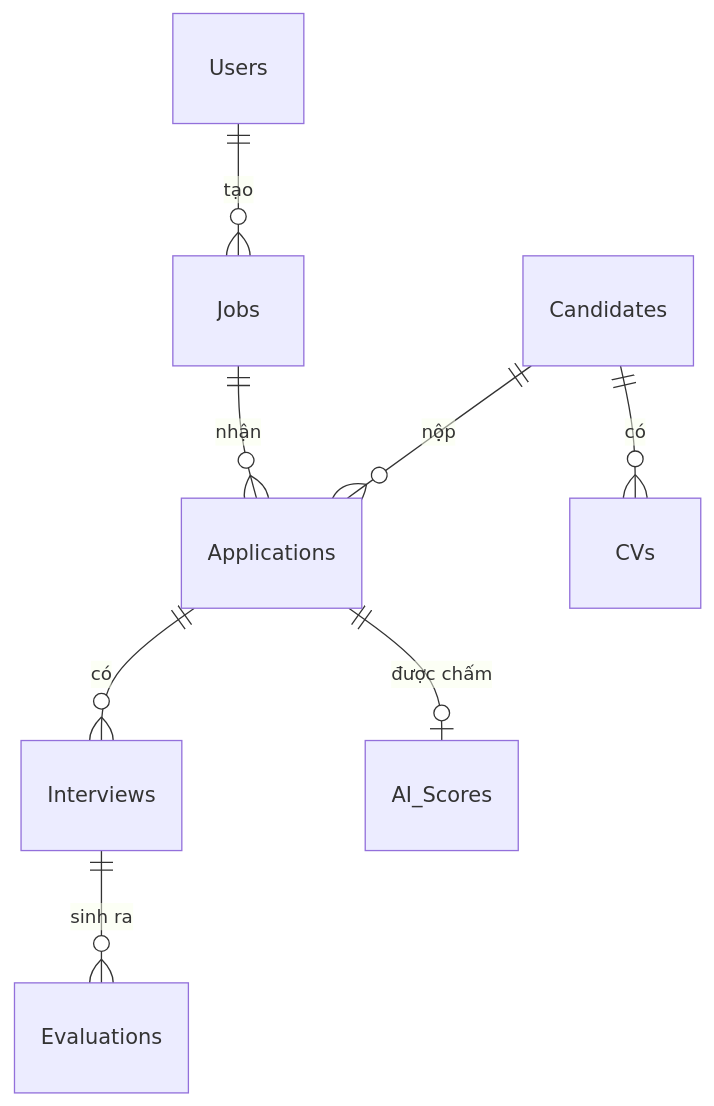
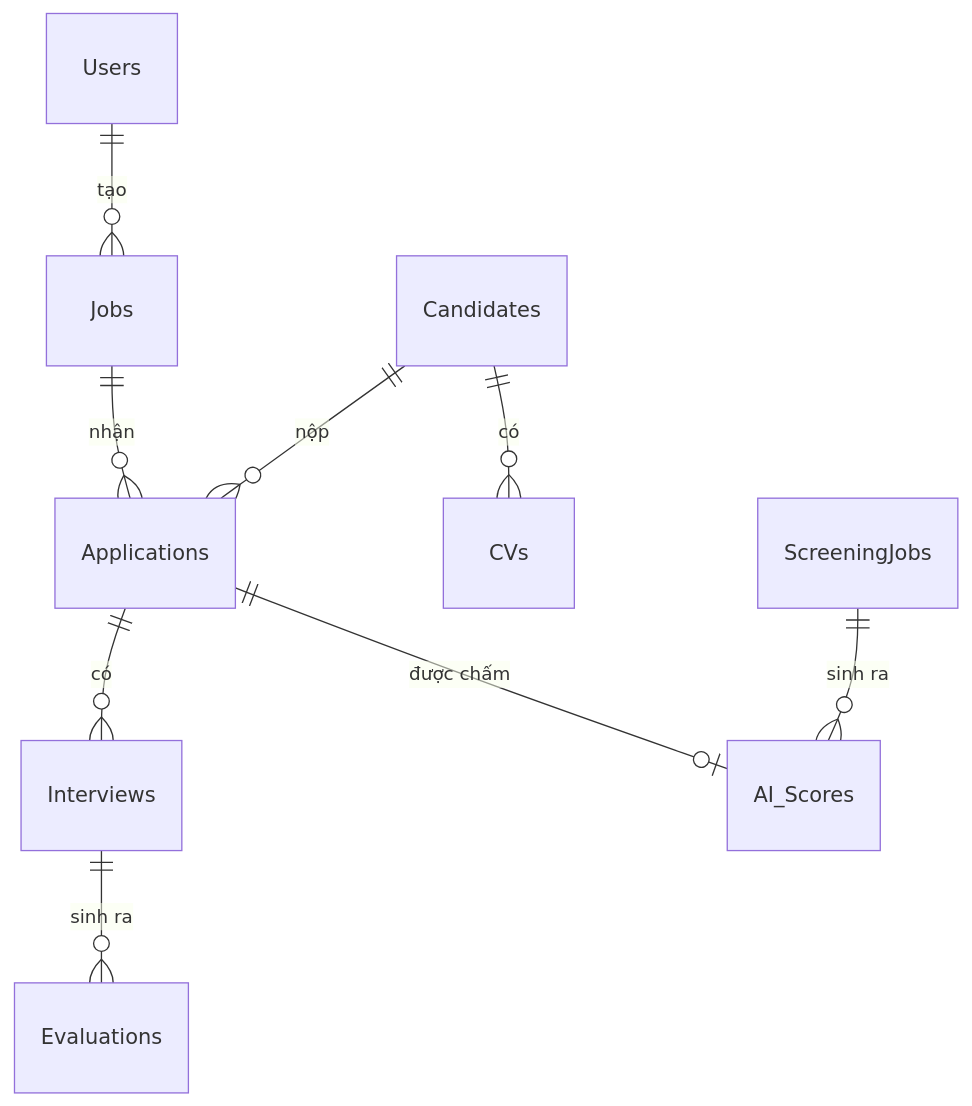
Before and after one commit to hungnv-2811/ATS-Recruitment: the diagram in docs/database-design.md, drawn with Mermaid. The commit also changed other lines of this file and 6 other files, not shown here.

First line of the commit message:
docs(architecture): chuong kien truc — rang buoc, 3 ADR, danh doi

````diff
--- a/docs/database-design.md
+++ b/docs/database-design.md
@@ -23,10 +27,11 @@
 ```mermaid
 erDiagram
     Users ||--o{ Jobs : "tạo"
     Jobs ||--o{ Applications : "nhận"
     Candidates ||--o{ CVs : "có"
     Candidates ||--o{ Applications : "nộp"
     Applications ||--o{ Interviews : "có"
     Interviews ||--o{ Evaluations : "sinh ra"
     Applications ||--o| AI_Scores : "được chấm"
+    ScreeningJobs ||--o{ AI_Scores : "sinh ra"
 ```
````
